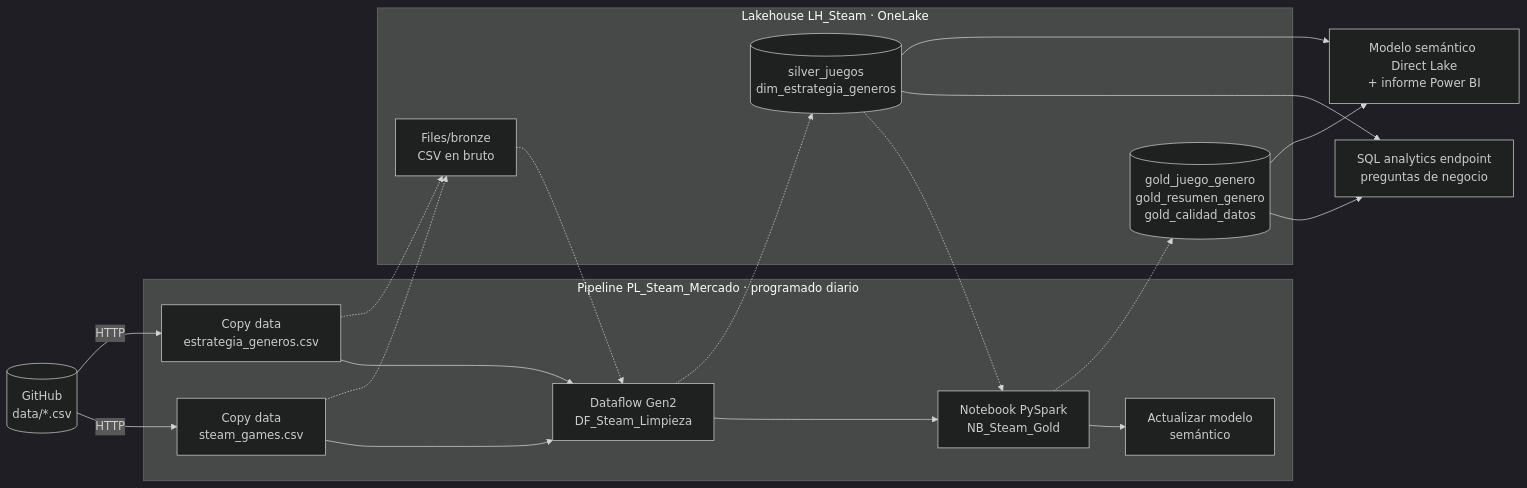
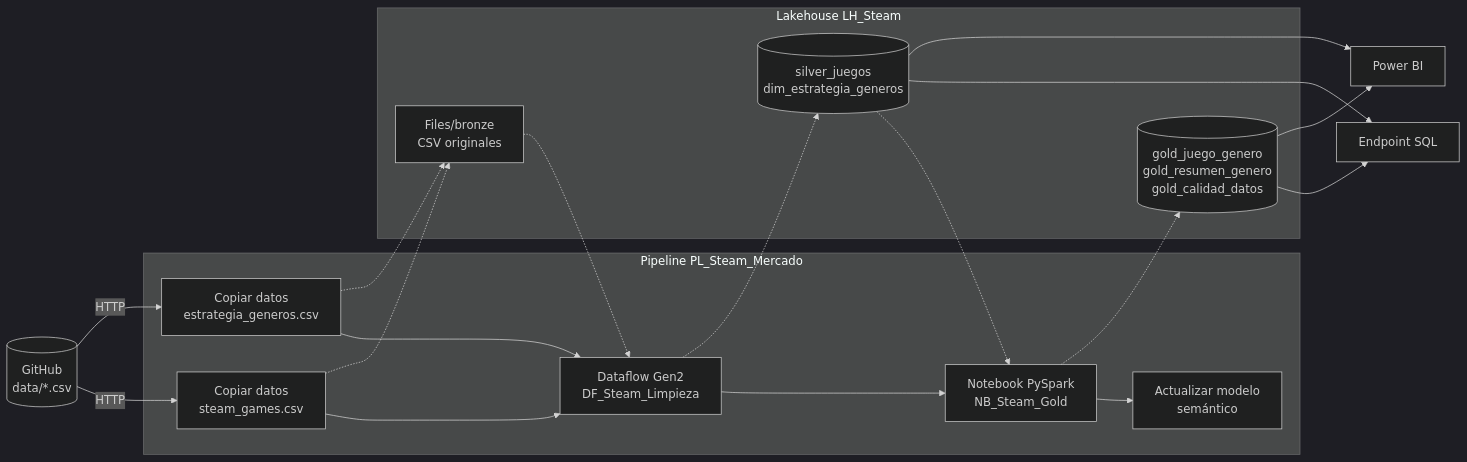
One commit to ofernandezr29/steam-fabric-mercado changed the second of 2 diagrams in GUIA.md. Above: the diagram before and after it, drawn with Mermaid (dark theme). The commit also changed other lines of this file and 3 other files, not shown here.

````diff
--- a/GUIA.md
+++ b/GUIA.md
@@ -172,24 +194,24 @@
 ```mermaid
 flowchart LR
     GH[(GitHub<br/>data/*.csv)] -->|HTTP| C1
-    subgraph PL[Pipeline PL_Steam_Mercado · programado diario]
-        C1[Copy data<br/>steam_games.csv] --> DF
-        C2[Copy data<br/>estrategia_generos.csv] --> DF
+    subgraph PL[Pipeline PL_Steam_Mercado]
+        C1[Copiar datos<br/>steam_games.csv] --> DF
+        C2[Copiar datos<br/>estrategia_generos.csv] --> DF
         DF[Dataflow Gen2<br/>DF_Steam_Limpieza] --> NB[Notebook PySpark<br/>NB_Steam_Gold]
         NB --> SM[Actualizar modelo<br/>semántico]
     end
     GH -->|HTTP| C2
-    subgraph LH[Lakehouse LH_Steam · OneLake]
-        B[Files/bronze<br/>CSV en bruto]
+    subgraph LH[Lakehouse LH_Steam]
+        B[Files/bronze<br/>CSV originales]
         S[(silver_juegos<br/>dim_estrategia_generos)]
         G[(gold_juego_genero<br/>gold_resumen_genero<br/>gold_calidad_datos)]
     end
     C1 -.-> B
     C2 -.-> B
     B -.-> DF
     DF -.-> S
     S -.-> NB
     NB -.-> G
-    S & G --> SQL[SQL analytics endpoint<br/>preguntas de negocio]
-    S & G --> PBI[Modelo semántico Direct Lake<br/>+ informe Power BI]
+    S & G --> SQL[Endpoint SQL]
+    S & G --> PBI[Power BI]
 ```
````
